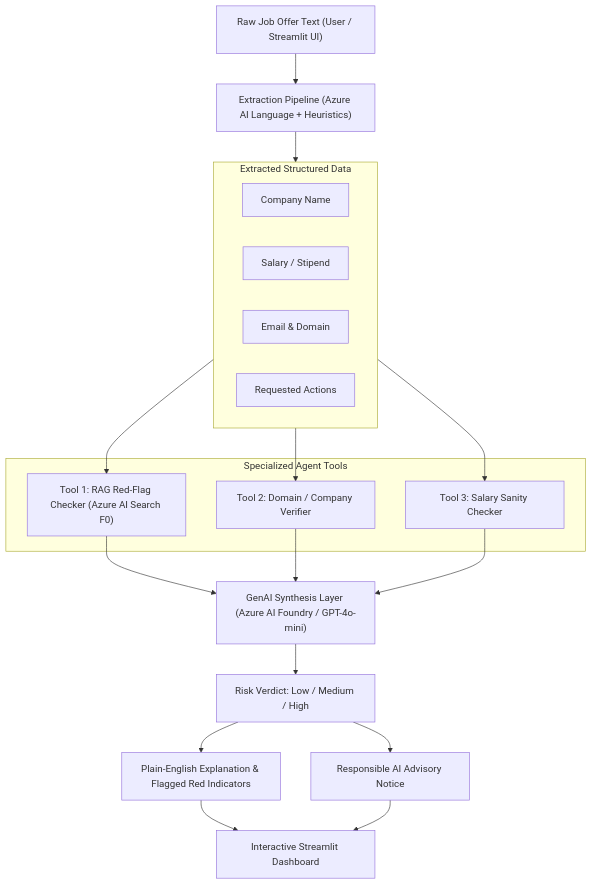
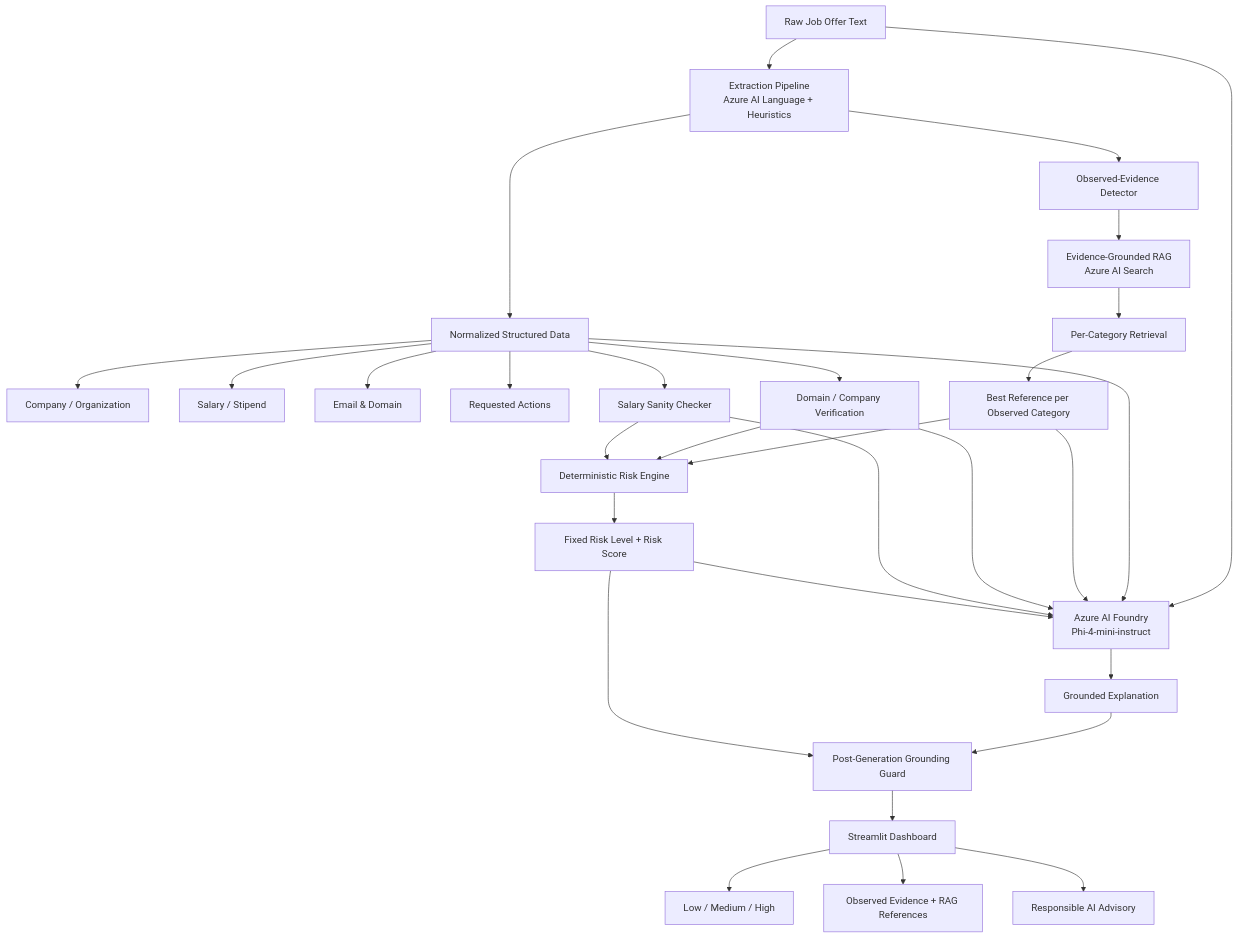
One commit to raghavbtech/SafeApply---AI-Agent changed the diagram in README.md. Above: the diagram before and after it, drawn with Mermaid. The commit also changed other lines of this file and 8 other files, not shown here.

Commit message:
Improve SafeApply RAG grounding, scoring, tests, and UI

````diff
--- a/README.md
+++ b/README.md
@@ -40,32 +61,41 @@
 ```mermaid
 flowchart TD
-    A["Raw Job Offer Text (User / Streamlit UI)"] --> B["Extraction Pipeline (Azure AI Language + Heuristics)"]
-    
-    subgraph S1 ["Extracted Structured Data"]
-        B1["Company Name"]
-        B2["Salary / Stipend"]
-        B3["Email & Domain"]
-        B4["Requested Actions"]
-    end
-    B --> S1
+    A["Raw Job Offer Text"] --> B["Extraction Pipeline<br/>Azure AI Language + Heuristics"]
 
-    subgraph S2 ["Specialized Agent Tools"]
-        T1["Tool 1: RAG Red-Flag Checker (Azure AI Search F0)"]
-        T2["Tool 2: Domain / Company Verifier"]
-        T3["Tool 3: Salary Sanity Checker"]
-    end
+    B --> C["Normalized Structured Data"]
+    C --> C1["Company / Organization"]
+    C --> C2["Salary / Stipend"]
+    C --> C3["Email & Domain"]
+    C --> C4["Requested Actions"]
 
-    S1 --> T1
-    S1 --> T2
-    S1 --> T3
+    B --> E["Observed-Evidence Detector"]
 
-    T1 --> D["GenAI Synthesis Layer (Azure AI Foundry / GPT-4o-mini)"]
-    T2 --> D
-    T3 --> D
+    E --> R["Evidence-Grounded RAG<br/>Azure AI Search"]
+    R --> R1["Per-Category Retrieval"]
+    R1 --> R2["Best Reference per Observed Category"]
 
-    D --> E["Risk Verdict: Low / Medium / High"]
-    E --> F["Plain-English Explanation & Flagged Red Indicators"]
-    E --> G["Responsible AI Advisory Notice"]
-    F --> H["Interactive Streamlit Dashboard"]
-    G --> H
+    C --> D1["Domain / Company Verification"]
+    C --> D2["Salary Sanity Checker"]
+
+    R2 --> S["Deterministic Risk Engine"]
+    D1 --> S
+    D2 --> S
+
+    S --> V["Fixed Risk Level + Risk Score"]
+
+    A --> G["Azure AI Foundry<br/>Phi-4-mini-instruct"]
+    C --> G
+    R2 --> G
+    D1 --> G
+    D2 --> G
+    V --> G
+
+    G --> H["Grounded Explanation"]
+    H --> J["Post-Generation Grounding Guard"]
+    V --> J
+
+    J --> K["Streamlit Dashboard"]
+    K --> L["Low / Medium / High"]
+    K --> M["Observed Evidence + RAG References"]
+    K --> N["Responsible AI Advisory"]
 ```
````
